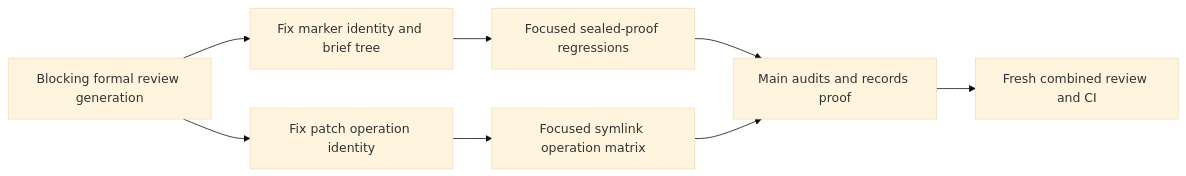
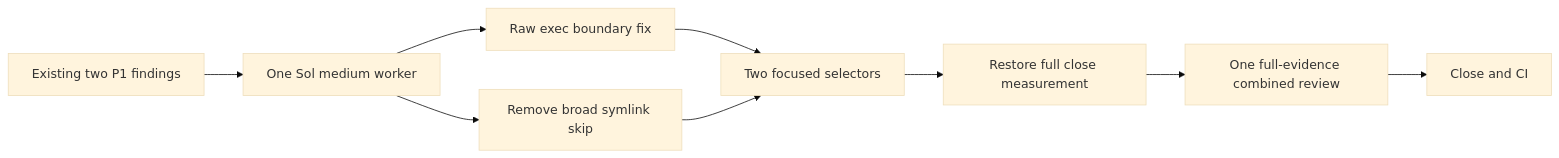
One commit to ismaeldoez7/symphony-forge changed the diagram in .factory/stories/FORGE-COORD-1/task-plans/NATIVE-FOREGROUND-ACTIVATE.md. Above: the diagram before and after it, drawn with Mermaid (base theme). The commit also changed other lines of this file and 11 other files, not shown here.

````diff
--- a/.factory/stories/FORGE-COORD-1/task-plans/NATIVE-FOREGROUND-ACTIVATE.md
+++ b/.factory/stories/FORGE-COORD-1/task-plans/NATIVE-FOREGROUND-ACTIVATE.md
@@ -30,10 +9,11 @@
 ```mermaid
 flowchart LR
-    A[Blocking formal review generation] --> B[Fix marker identity and brief tree]
-    A --> C[Fix patch operation identity]
-    B --> D[Focused sealed-proof regressions]
-    C --> E[Focused symlink operation matrix]
-    D --> F[Main audits and records proof]
-    E --> F
-    F --> G[Fresh combined review and CI]
+    A[Existing two P1 findings] --> B[One Sol medium worker]
+    B --> C[Raw exec boundary fix]
+    B --> D[Remove broad symlink skip]
+    C --> E[Two focused selectors]
+    D --> E
+    E --> F[Restore full close measurement]
+    F --> G[One full-evidence combined review]
+    G --> H[Close and CI]
 ```
````
